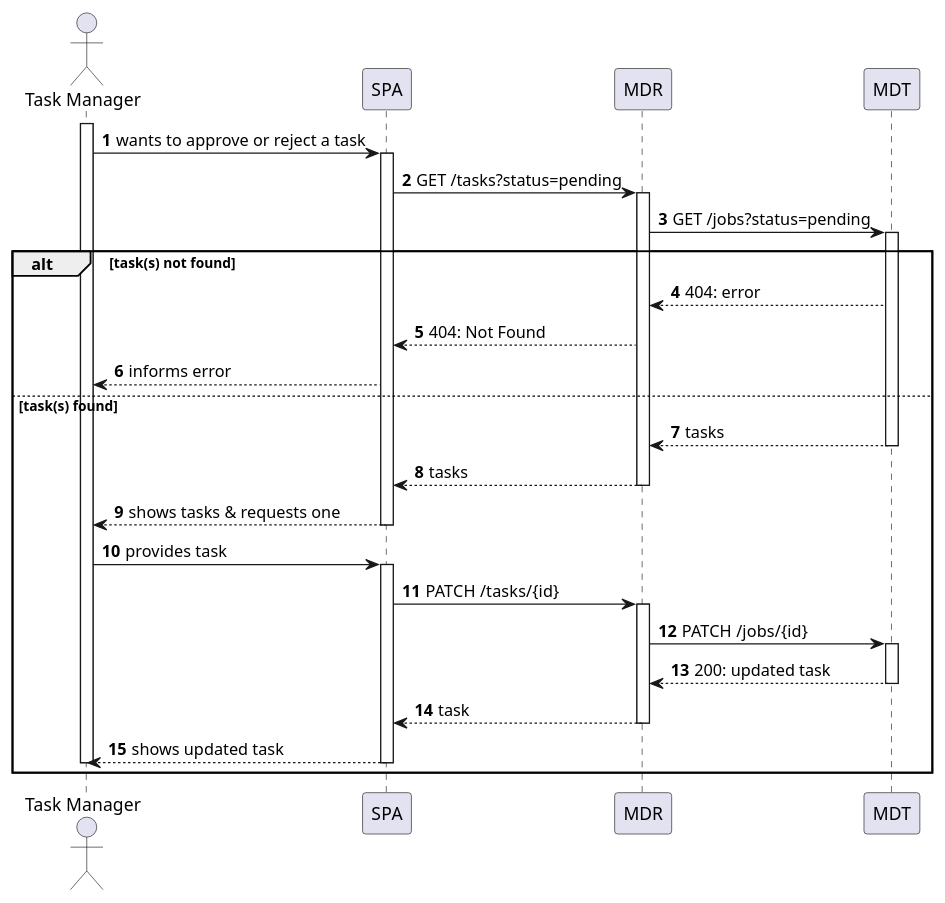
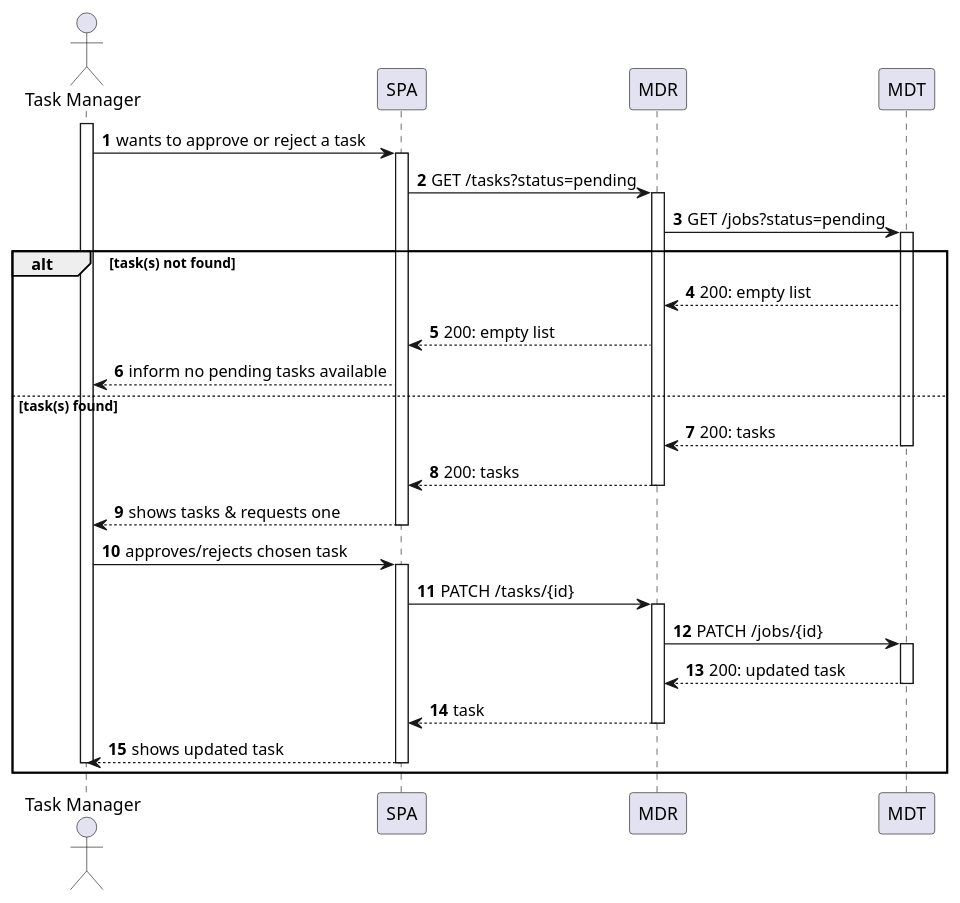
Before and after one commit to Departamento-de-Engenharia-Informatica/lapr5-23-24-g19: the diagram in docs/us470/level2/process-view.puml, drawn with PlantUML. The commit also changed 8 other files, not shown here.

```diff
--- a/docs/us470/level2/process-view.puml
+++ b/docs/us470/level2/process-view.puml
@@ -1,51 +1,51 @@
 @startuml
 autonumber
 
 actor "Task Manager" as usr
 
 participant "SPA" as ui
 participant "MDR" as mdr
 participant "MDT" as mdt
 
 activate usr
     usr -> ui : wants to approve or reject a task
     activate ui
         ui -> mdr : GET /tasks?status=pending
         activate mdr
             mdr -> mdt : GET /jobs?status=pending
 
             activate mdt
 
 alt task(s) not found
-                mdt --> mdr : 404: error
-                mdr --> ui : 404: Not Found
-                ui --> usr: informs error
+                mdt --> mdr : 200: empty list
+                mdr --> ui : 200: empty list
+                ui --> usr : inform no pending tasks available
 
 else task(s) found
-                mdt --> mdr : tasks
+                mdt --> mdr : 200: tasks
             deactivate mdt
 
-            mdr --> ui : tasks
+            mdr --> ui : 200: tasks
         deactivate mdr
 
         ui --> usr : shows tasks & requests one
     deactivate ui
 
-    usr -> ui : provides task
+    usr -> ui : approves/rejects chosen task
     activate ui
         ui -> mdr : PATCH /tasks/{id}
         activate mdr
             mdr -> mdt : PATCH /jobs/{id}
             activate mdt
                 mdt --> mdr : 200: updated task
             deactivate mdt
 
             mdr --> ui : task
         deactivate mdr
 
             ui --> usr : shows updated task
     deactivate ui
 deactivate usr
 end
 
 @enduml
```
